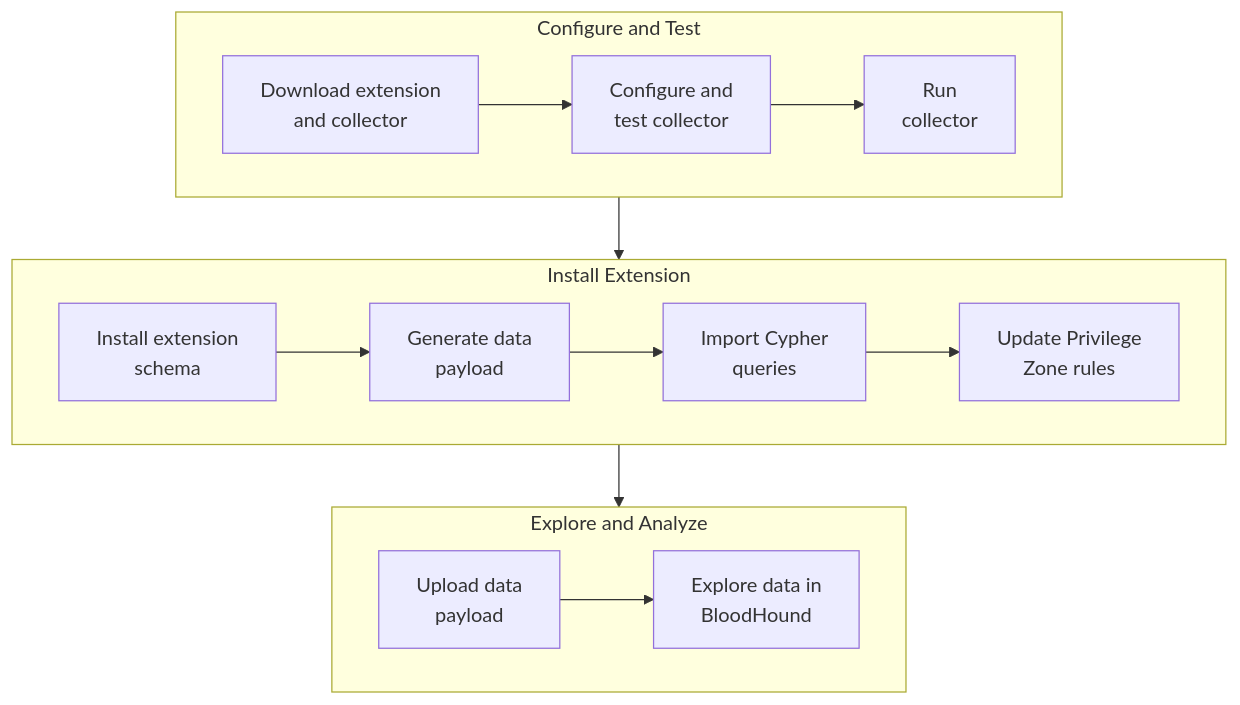
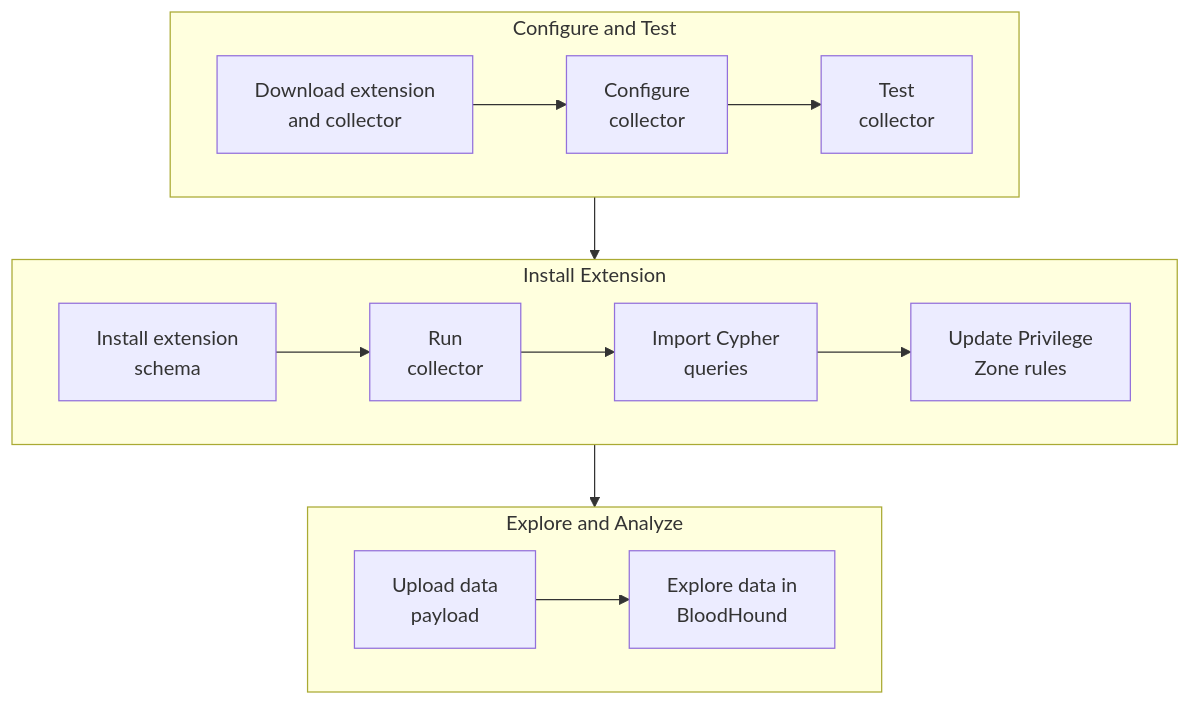
Before and after one commit to SpecterOps/bloodhound-docs: the first of 2 diagrams in docs/opengraph/extensions/manage.mdx, drawn with Mermaid. The commit also changed other lines of this file, not shown here.

Commit message:
wip: minor diagram tweaks

````diff
--- a/docs/opengraph/extensions/manage.mdx
+++ b/docs/opengraph/extensions/manage.mdx
@@ -107,21 +107,21 @@
 ```mermaid
 flowchart TB
 	subgraph prepare[Configure and Test]
 		a["Download extension<br/>and collector"]
-        a-->b["Configure and<br/>test collector"]
-        b-->c["Run<br/>collector"]
+        a-->b["Configure<br/> collector"]
+        b-->c["Test<br/>collector"]
     end
 
 	subgraph upload[Install Extension]
 		f["Install extension<br/>schema"]
-		f-->g["Generate data<br/>payload"]
+		f-->g["Run<br/>collector"]
         g-->h["Import Cypher<br/>queries"]
 		h-->i["Update Privilege<br/>Zone rules"]
 	end
 
 	subgraph use[Explore and Analyze]
-		j["Upload data <br/>payload"]
+		j["Upload data<br/>payload"]
 		j-->k["Explore data in<br/>BloodHound"]
 	end
     prepare-->upload-->use
 ```
````
